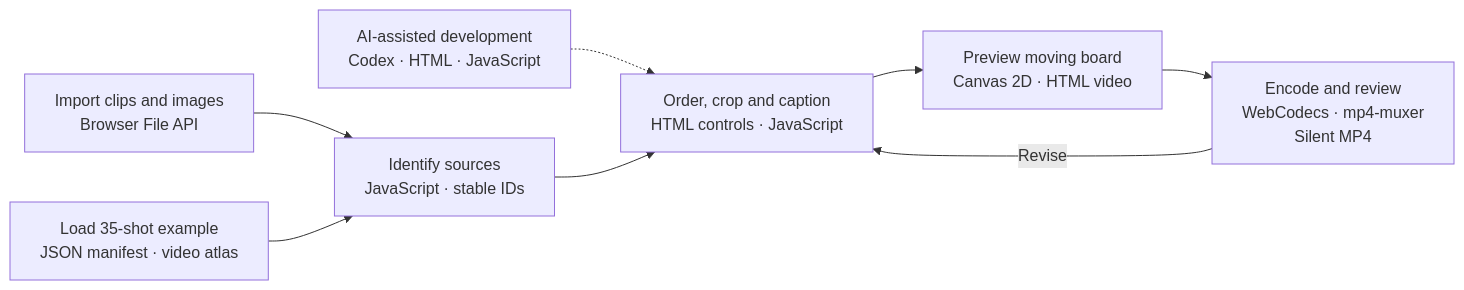
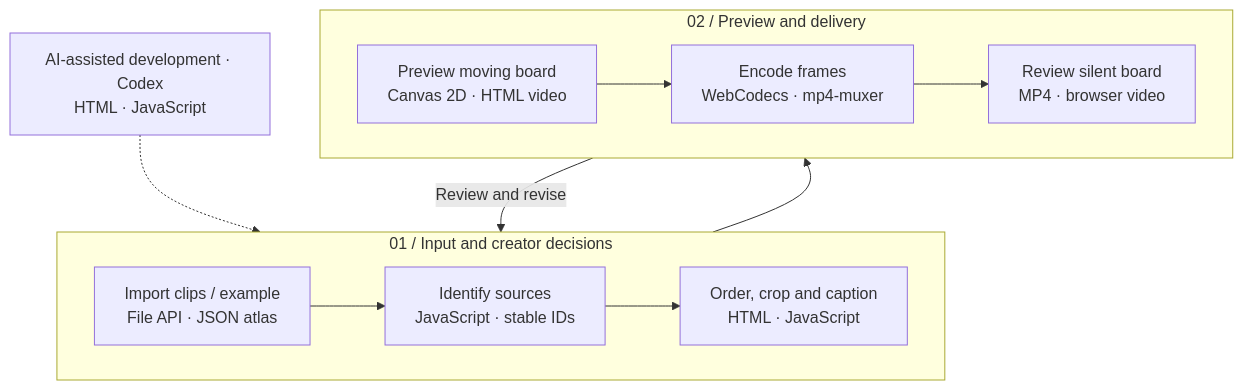
One commit to MuwenTriLi/creative-workflows changed the diagram in projects/04-animated-storyboard/README.md. Above: the diagram before and after it, drawn with Mermaid. The commit also changed 4 other files, not shown here.

````diff
--- a/projects/04-animated-storyboard/README.md
+++ b/projects/04-animated-storyboard/README.md
@@ -57,10 +57,17 @@
 ```mermaid
-flowchart LR
-    DEV["AI-assisted development<br/>Codex · HTML · JavaScript"] -.-> D
-    A["Import clips and images<br/>Browser File API"] --> C["Identify sources<br/>JavaScript · stable IDs"]
-    B["Load 35-shot example<br/>JSON manifest · video atlas"] --> C
-    C --> D["Order, crop and caption<br/>HTML controls · JavaScript"]
-    D --> E["Preview moving board<br/>Canvas 2D · HTML video"]
-    E --> F["Encode and review<br/>WebCodecs · mp4-muxer<br/>Silent MP4"]
-    F -->|Revise| D
+flowchart TB
+    DEV["AI-assisted development · Codex<br/>HTML · JavaScript"]
+    subgraph INPUT["01 / Input and creator decisions"]
+        direction LR
+        A["Import clips / example<br/>File API · JSON atlas"] --> B["Identify sources<br/>JavaScript · stable IDs"]
+        B --> C["Order, crop and caption<br/>HTML · JavaScript"]
+    end
+    subgraph OUTPUT["02 / Preview and delivery"]
+        direction LR
+        D["Preview moving board<br/>Canvas 2D · HTML video"] --> E["Encode frames<br/>WebCodecs · mp4-muxer"]
+        E --> F["Review silent board<br/>MP4 · browser video"]
+    end
+    DEV -.-> INPUT
+    INPUT --> OUTPUT
+    OUTPUT -->|Review and revise| INPUT
 ```
````
